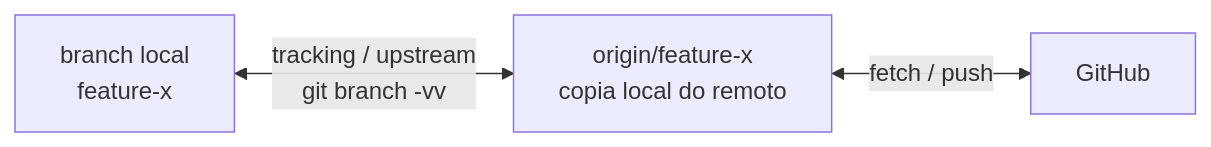
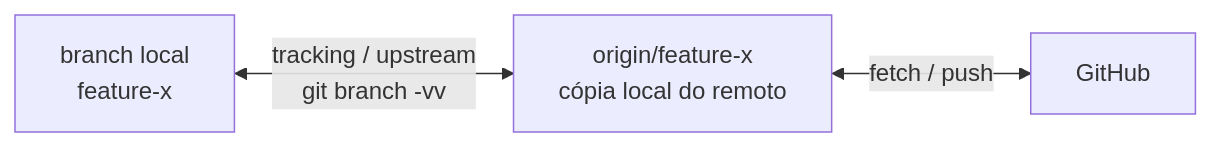
The diagram in 09-Git-Avancado/02-fetch-pull-push-remote-avancado.md (BerniloBernardo-boot/Git-e-GitHub), drawn with Mermaid before and after one commit. The commit also changed 13 other files, not shown here.

Commit message:
docs: traduz elementos explicativos dos diagramas para PT-PT

````diff
--- a/09-Git-Avancado/02-fetch-pull-push-remote-avancado.md
+++ b/09-Git-Avancado/02-fetch-pull-push-remote-avancado.md
@@ -12,5 +12,5 @@
 ```mermaid
 flowchart LR
-    L["branch local<br/>feature-x"] <-->|"tracking / upstream<br/>git branch -vv"| U["origin/feature-x<br/>copia local do remoto"]
+    L["branch local<br/>feature-x"] <-->|"tracking / upstream<br/>git branch -vv"| U["origin/feature-x<br/>cópia local do remoto"]
     U <-->|"fetch / push"| R["GitHub"]
 ```
````
